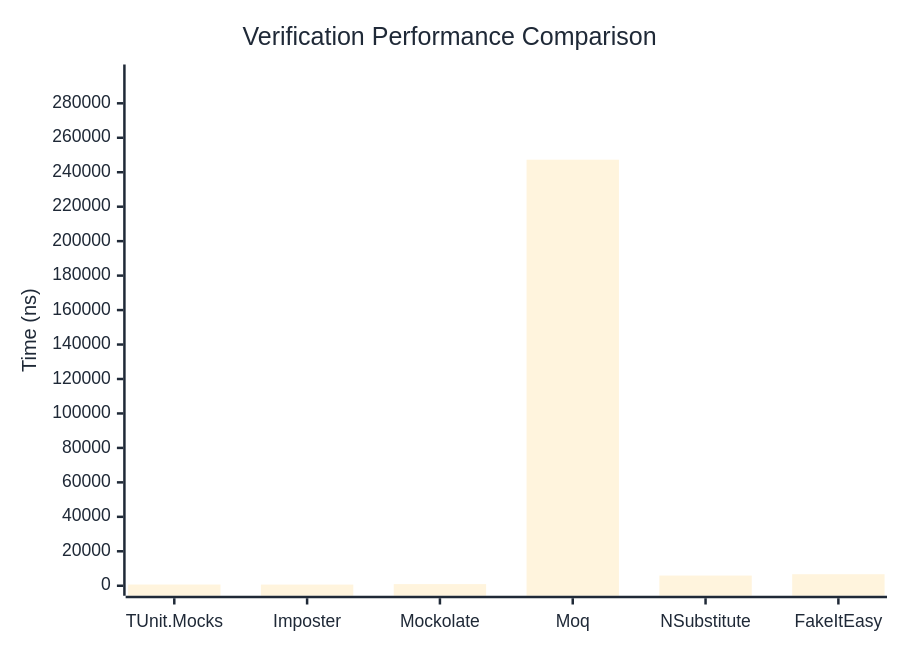
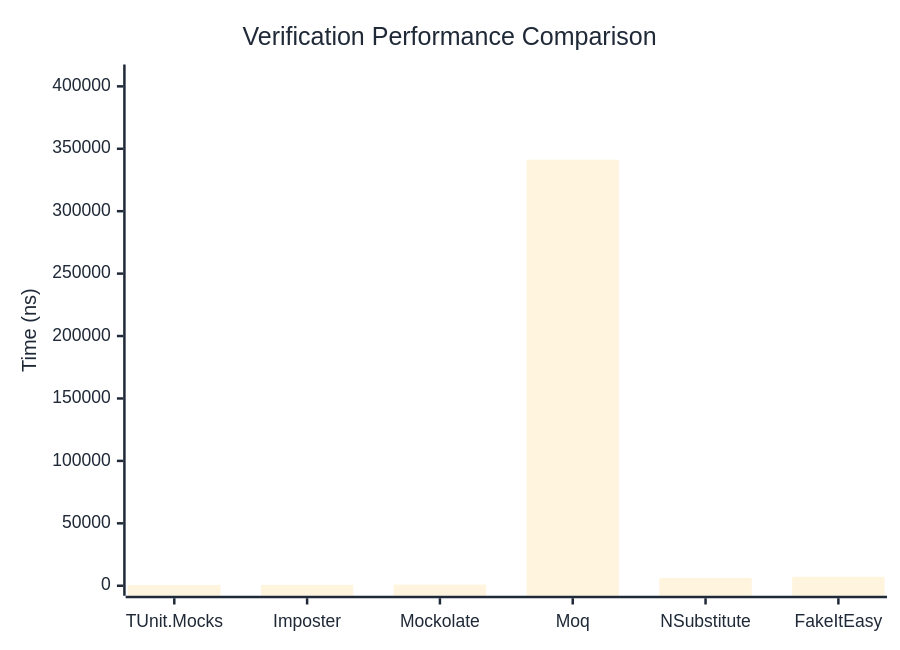
Before and after one commit to thomhurst/TUnit: the first of 3 diagrams in docs/docs/benchmarks/mocks/Verification.md, drawn with Mermaid. The commit also changed other lines of this file and 14 other files, not shown here.

````diff
--- a/docs/docs/benchmarks/mocks/Verification.md
+++ b/docs/docs/benchmarks/mocks/Verification.md
@@ -28,27 +28,27 @@
 ```mermaid
 %%{init: {
   'theme':'base',
   'themeVariables': {
     'primaryColor': '#2563eb',
     'primaryTextColor': '#1f2937',
     'primaryBorderColor': '#1e40af',
     'lineColor': '#6b7280',
     'secondaryColor': '#7c3aed',
     'tertiaryColor': '#dc2626',
     'background': '#ffffff',
     'pie1': '#2563eb',
     'pie2': '#7c3aed',
     'pie3': '#dc2626',
     'pie4': '#f59e0b',
     'pie5': '#10b981',
     'pie6': '#06b6d4',
     'pie7': '#ec4899',
     'pie8': '#6366f1'
   }
 }}%%
 xychart-beta
   title "Verification Performance Comparison"
   x-axis ["TUnit.Mocks", "Imposter", "Mockolate", "Moq", "NSubstitute", "FakeItEasy"]
-  y-axis "Time (ns)" 0 --> 296724
-  bar [711.23, 678.66, 955.18, 247269.31, 5910.96, 6690.39]
+  y-axis "Time (ns)" 0 --> 409489
+  bar [645.97, 699.73, 899.04, 341240.49, 6167.33, 7174.88]
 ```
````
